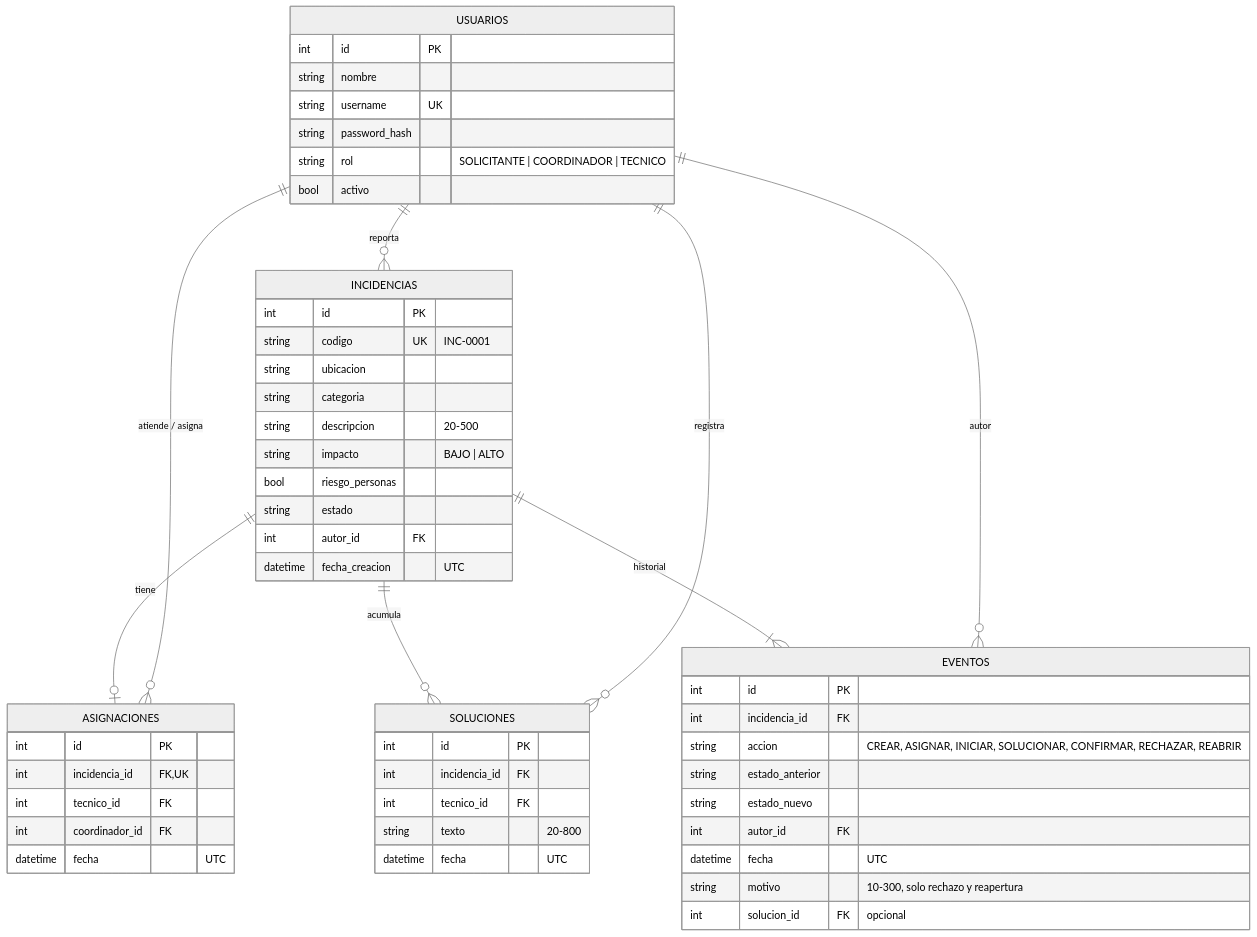
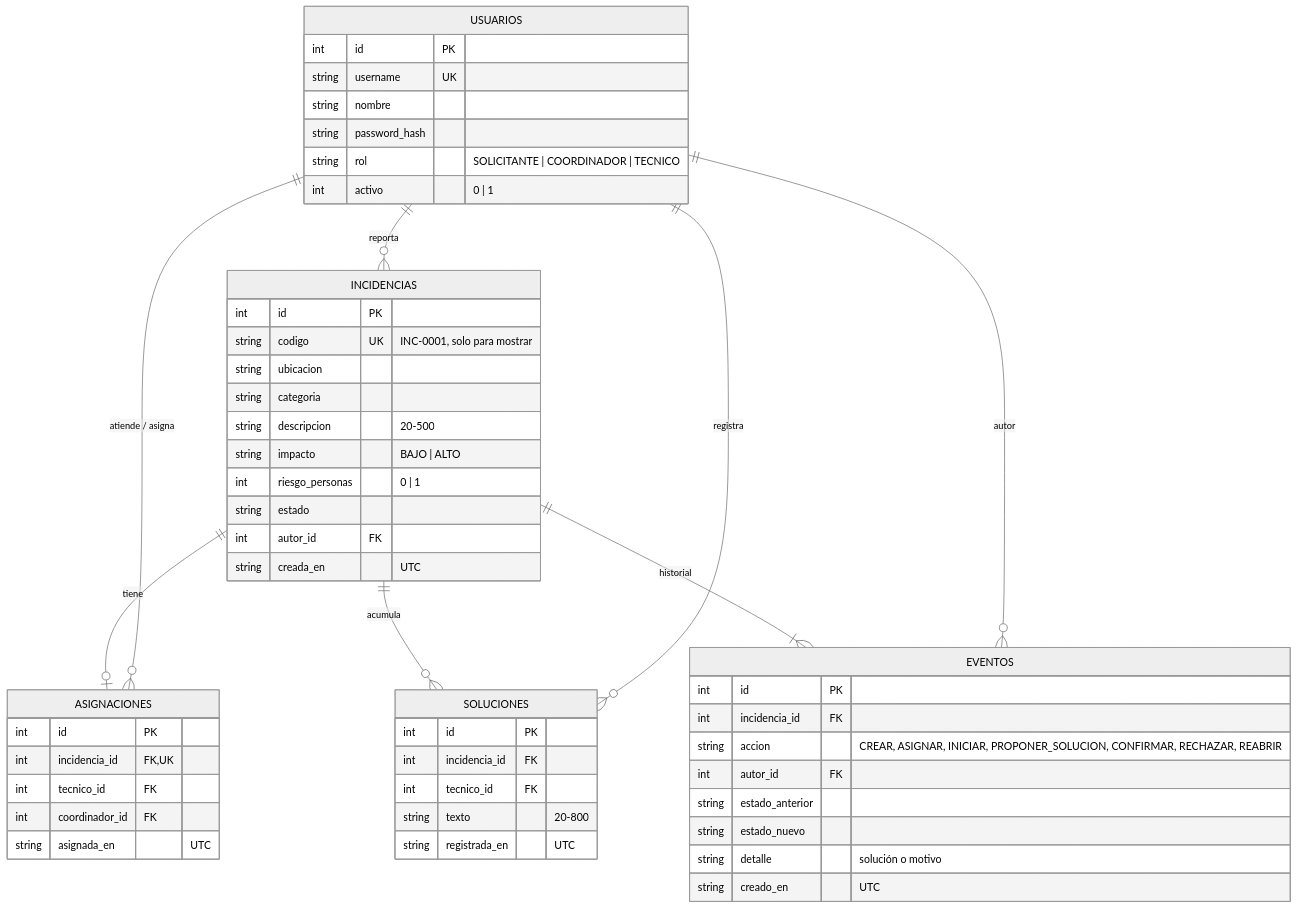
The diagram in docs/diseno/2_modelo_datos.mmd (JxAndres/reparacampus), drawn with Mermaid (neutral theme) before and after one commit. The commit also changed 14 other files, not shown here.

Commit message:
docs: corrige diagramas y decisión según schema.sql y código; agrega bitácora

```diff
--- a/docs/diseno/2_modelo_datos.mmd
+++ b/docs/diseno/2_modelo_datos.mmd
@@ -1,53 +1,52 @@
 erDiagram
     USUARIOS {
         int id PK
+        string username UK
         string nombre
-        string username UK
         string password_hash
         string rol "SOLICITANTE | COORDINADOR | TECNICO"
-        bool activo
+        int activo "0 | 1"
     }
     INCIDENCIAS {
         int id PK
-        string codigo UK "INC-0001"
+        string codigo UK "INC-0001, solo para mostrar"
         string ubicacion
         string categoria
         string descripcion "20-500"
         string impacto "BAJO | ALTO"
-        bool riesgo_personas
+        int riesgo_personas "0 | 1"
         string estado
         int autor_id FK
-        datetime fecha_creacion "UTC"
+        string creada_en "UTC"
     }
     ASIGNACIONES {
         int id PK
         int incidencia_id FK, UK
         int tecnico_id FK
         int coordinador_id FK
-        datetime fecha "UTC"
+        string asignada_en "UTC"
     }
     SOLUCIONES {
         int id PK
         int incidencia_id FK
         int tecnico_id FK
         string texto "20-800"
-        datetime fecha "UTC"
+        string registrada_en "UTC"
     }
     EVENTOS {
         int id PK
         int incidencia_id FK
-        string accion "CREAR, ASIGNAR, INICIAR, SOLUCIONAR, CONFIRMAR, RECHAZAR, REABRIR"
+        string accion "CREAR, ASIGNAR, INICIAR, PROPONER_SOLUCION, CONFIRMAR, RECHAZAR, REABRIR"
+        int autor_id FK
         string estado_anterior
         string estado_nuevo
-        int autor_id FK
-        datetime fecha "UTC"
-        string motivo "10-300, solo rechazo y reapertura"
-        int solucion_id FK "opcional"
+        string detalle "solución o motivo"
+        string creado_en "UTC"
     }
     USUARIOS ||--o{ INCIDENCIAS : "reporta"
     INCIDENCIAS ||--o| ASIGNACIONES : "tiene"
     USUARIOS ||--o{ ASIGNACIONES : "atiende / asigna"
     INCIDENCIAS ||--o{ SOLUCIONES : "acumula"
     USUARIOS ||--o{ SOLUCIONES : "registra"
     INCIDENCIAS ||--|{ EVENTOS : "historial"
     USUARIOS ||--o{ EVENTOS : "autor"
```
